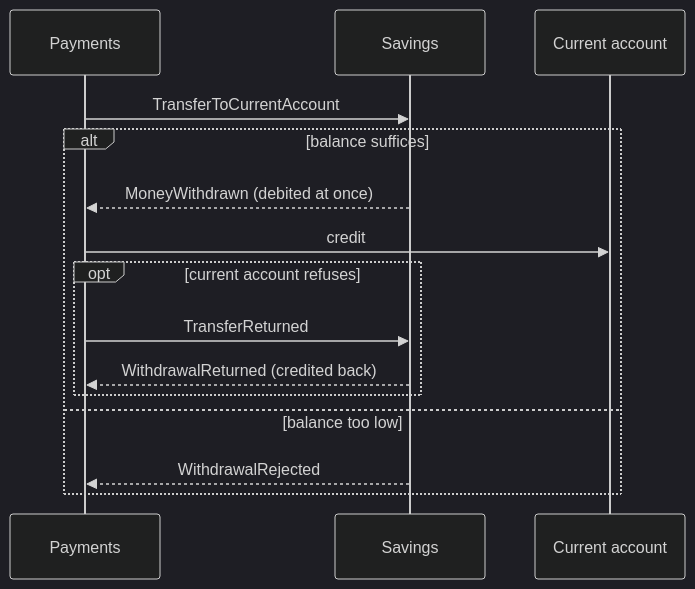
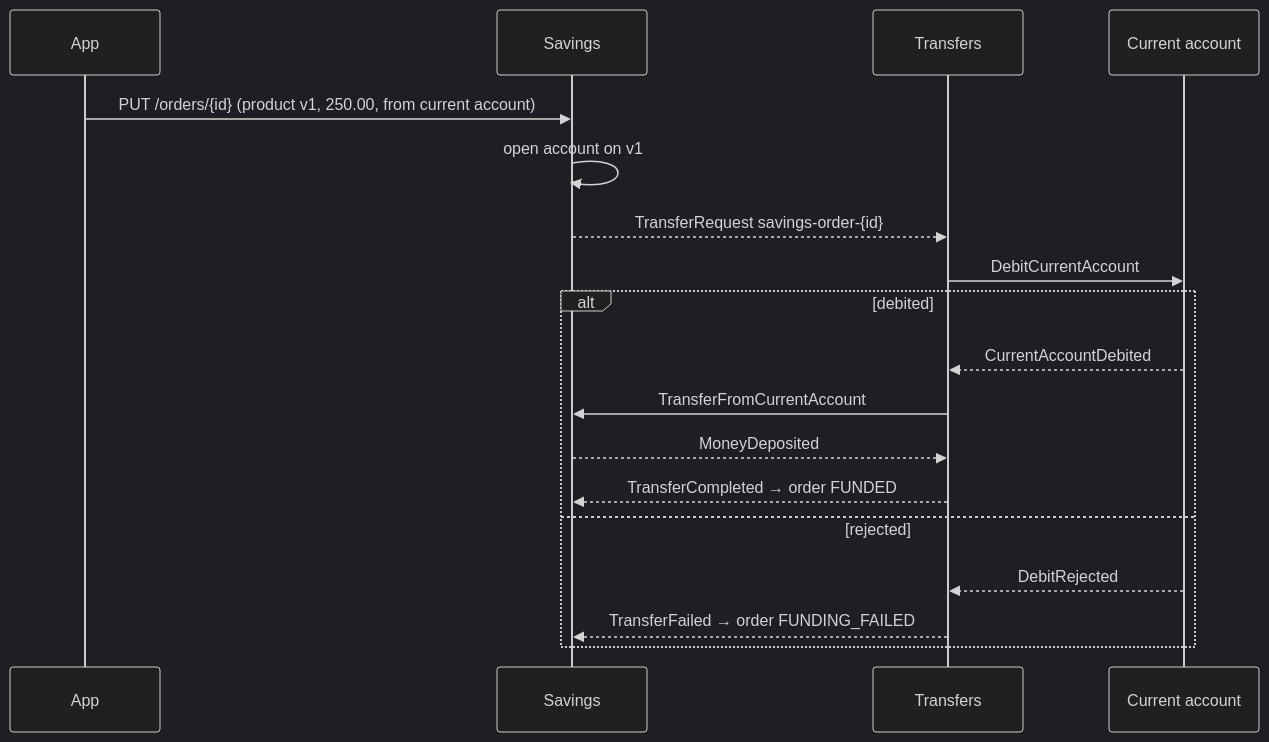
The second of 2 diagrams in README.md (Acidream/inv_sample), drawn with Mermaid (dark theme) before and after one commit. The commit also changed other lines of this file and 114 other files, not shown here.

First line of the commit message:
feat: transfer service and ordering savings products

````diff
--- a/README.md
+++ b/README.md
@@ -63,17 +97,20 @@
 ```mermaid
 sequenceDiagram
-    participant P as Payments
+    participant App
     participant S as Savings
+    participant T as Transfers
     participant C as Current account
-    P->>S: TransferToCurrentAccount
-    alt balance suffices
-        S-->>P: MoneyWithdrawn (debited at once)
-        P->>C: credit
-        opt current account refuses
-            P->>S: TransferReturned
-            S-->>P: WithdrawalReturned (credited back)
-        end
-    else balance too low
-        S-->>P: WithdrawalRejected
+    App->>S: PUT /orders/{id} (product v1, 250.00, from current account)
+    S->>S: open account on v1
+    S-->>T: TransferRequest savings-order-{id}
+    T->>C: DebitCurrentAccount
+    alt debited
+        C-->>T: CurrentAccountDebited
+        T->>S: TransferFromCurrentAccount
+        S-->>T: MoneyDeposited
+        T-->>S: TransferCompleted → order FUNDED
+    else rejected
+        C-->>T: DebitRejected
+        T-->>S: TransferFailed → order FUNDING_FAILED
     end
 ```
````
